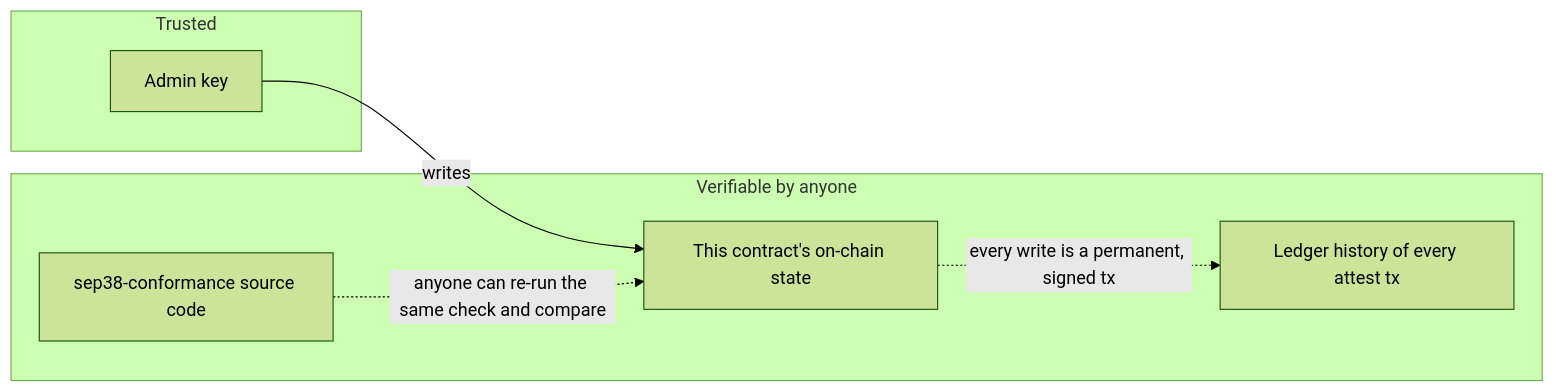
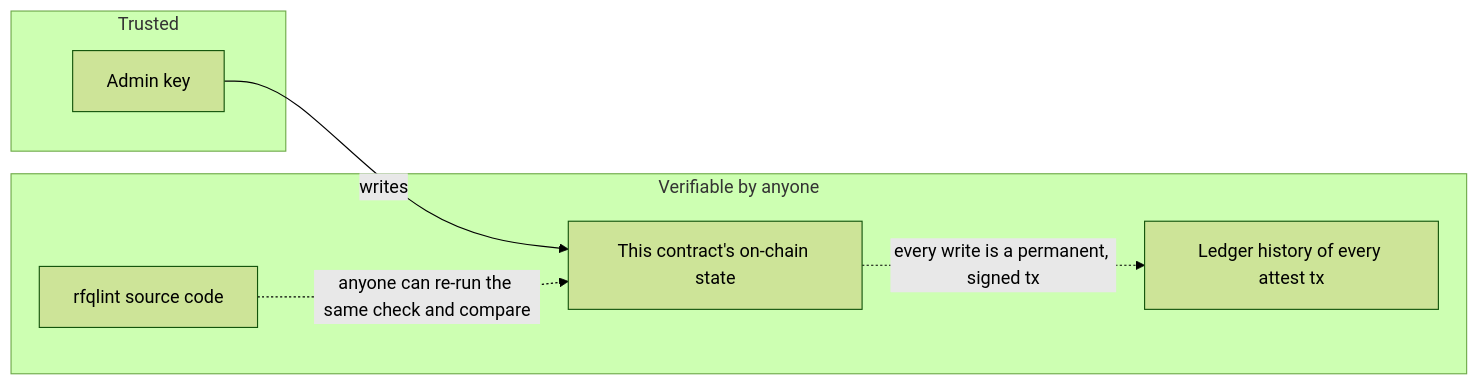
The second of 3 diagrams in README.md (RFQLint/sep38-attestation-registry), drawn with Mermaid (forest theme) before and after one commit. The commit also changed other lines of this file and 1 other file, not shown here.

First line of the commit message:
Rename project from sep38-attestation-registry to rfqlint-registry

````diff
--- a/README.md
+++ b/README.md
@@ -105,14 +105,14 @@
 ```mermaid
 flowchart LR
     subgraph Trusted
         A[Admin key]
     end
     subgraph Verifiable by anyone
-        B[sep38-conformance source code]
+        B[rfqlint source code]
         C[This contract's on-chain state]
         D[Ledger history of every attest tx]
     end
     A -->|writes| C
     B -.->|anyone can re-run the same check and compare| C
     C -.->|every write is a permanent, signed tx| D
 ```
````
